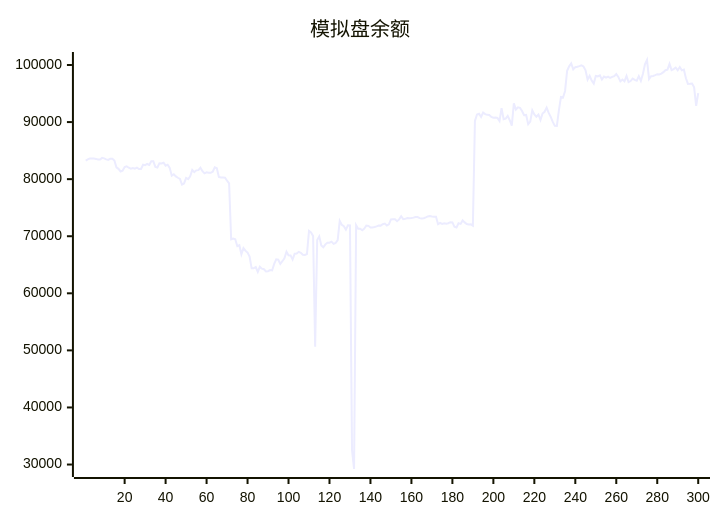
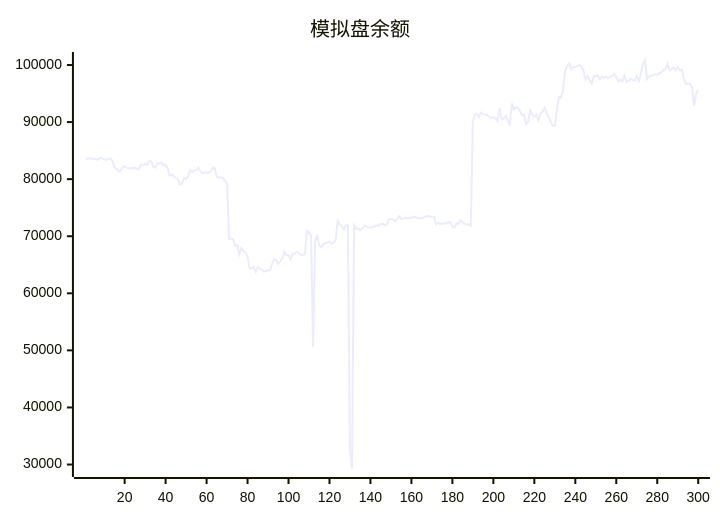
The diagram in README.md (aahl/ai-trading), drawn with Mermaid before and after one commit. The commit also changed other lines of this file and 1 other file, not shown here.

````diff
--- a/README.md
+++ b/README.md
@@ -5,5 +5,5 @@
 ```mermaid
 xychart
     title "模拟盘余额"
-    line [83259,83474,83608,83606,83602,83548,83440,83454,83724,83644,83464,83365,83590,83592,83275,82072,81806,81344,81492,82109,82254,82006,81848,81955,81829,82022,81769,81776,82522,82441,82656,82498,83144,83144,82150,82038,82797,82763,82872,82367,82536,81981,80612,80862,80484,80242,80034,79063,79245,80226,80016,80507,81625,81233,81544,81578,82016,81401,81019,81186,81130,81118,81306,82066,81909,80392,80304,80291,80258,79729,79261,69466,69579,69456,68251,68415,66832,67911,67462,67144,66432,64380,64375,64606,63740,64647,64324,64216,63842,63877,64078,64008,65156,65945,65888,65157,65625,66144,67284,66653,66639,65924,66925,66956,67263,67108,66766,66729,66886,70927,70673,70049,50652,69334,69973,68400,68061,68578,68876,68879,69055,68662,68822,69329,72687,71999,71760,71162,71911,71896,32500,29218,71927,71297,71305,71044,71337,71883,71822,71536,71536,71622,71723,71880,71860,72100,72216,71887,72077,72940,72976,72966,72638,72948,73497,73004,73041,73173,73160,73186,73258,73375,73351,73173,73098,73161,73305,73474,73536,73457,73413,73412,72100,72333,72164,72272,72204,72285,72461,72421,71652,71521,72267,72157,72774,72424,72144,72060,72091,71858,90185,91338,91466,90900,91678,91404,91268,91244,90903,90779,90787,90721,90187,92429,90518,90619,91070,90328,89376,93286,92202,92581,92485,91947,91196,91259,89619,90086,92063,91355,90950,91327,90373,91498,91800,92531,91603,90910,90031,89351,89334,92097,94406,94315,95455,98972,99763,100286,99229,99622,99701,99805,99938,99738,99082,97430,98094,97267,96741,98081,98013,98194,97447,97983,97789,97969,97729,97911,98043,98405,97912,97120,97448,97154,98095,97021,97190,97616,97402,97263,98035,97210,98424,100120,100876,97552,98049,98085,98228,98388,98342,98488,98750,99086,99181,100188,99107,99272,99553,99072,99636,99061,99186,97674,96679,96704,96743,96096,92830,95088]
+    line [83474,83608,83606,83602,83548,83440,83454,83724,83644,83464,83365,83590,83592,83275,82072,81806,81344,81492,82109,82254,82006,81848,81955,81829,82022,81769,81776,82522,82441,82656,82498,83144,83144,82150,82038,82797,82763,82872,82367,82536,81981,80612,80862,80484,80242,80034,79063,79245,80226,80016,80507,81625,81233,81544,81578,82016,81401,81019,81186,81130,81118,81306,82066,81909,80392,80304,80291,80258,79729,79261,69466,69579,69456,68251,68415,66832,67911,67462,67144,66432,64380,64375,64606,63740,64647,64324,64216,63842,63877,64078,64008,65156,65945,65888,65157,65625,66144,67284,66653,66639,65924,66925,66956,67263,67108,66766,66729,66886,70927,70673,70049,50652,69334,69973,68400,68061,68578,68876,68879,69055,68662,68822,69329,72687,71999,71760,71162,71911,71896,32500,29218,71927,71297,71305,71044,71337,71883,71822,71536,71536,71622,71723,71880,71860,72100,72216,71887,72077,72940,72976,72966,72638,72948,73497,73004,73041,73173,73160,73186,73258,73375,73351,73173,73098,73161,73305,73474,73536,73457,73413,73412,72100,72333,72164,72272,72204,72285,72461,72421,71652,71521,72267,72157,72774,72424,72144,72060,72091,71858,90185,91338,91466,90900,91678,91404,91268,91244,90903,90779,90787,90721,90187,92429,90518,90619,91070,90328,89376,93286,92202,92581,92485,91947,91196,91259,89619,90086,92063,91355,90950,91327,90373,91498,91800,92531,91603,90910,90031,89351,89334,92097,94406,94315,95455,98972,99763,100286,99229,99622,99701,99805,99938,99738,99082,97430,98094,97267,96741,98081,98013,98194,97447,97983,97789,97969,97729,97911,98043,98405,97912,97120,97448,97154,98095,97021,97190,97616,97402,97263,98035,97210,98424,100120,100876,97552,98049,98085,98228,98388,98342,98488,98750,99086,99181,100188,99107,99272,99553,99072,99636,99061,99186,97674,96679,96704,96743,96096,92830,95088,95560]
 ```
````
